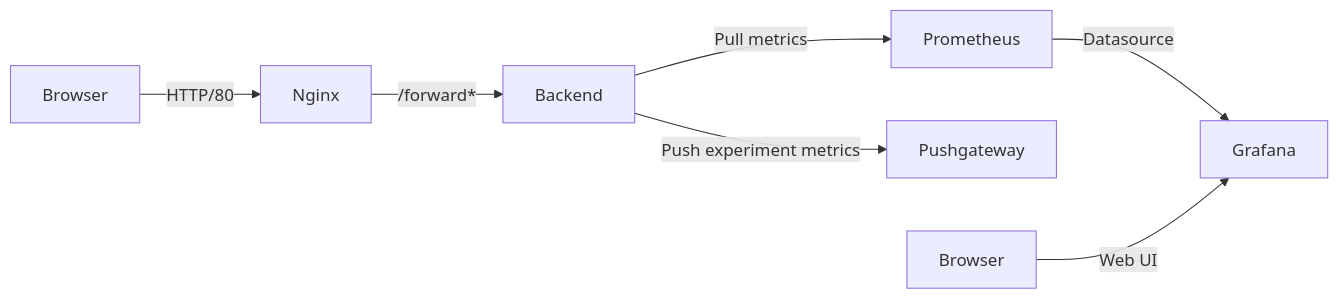
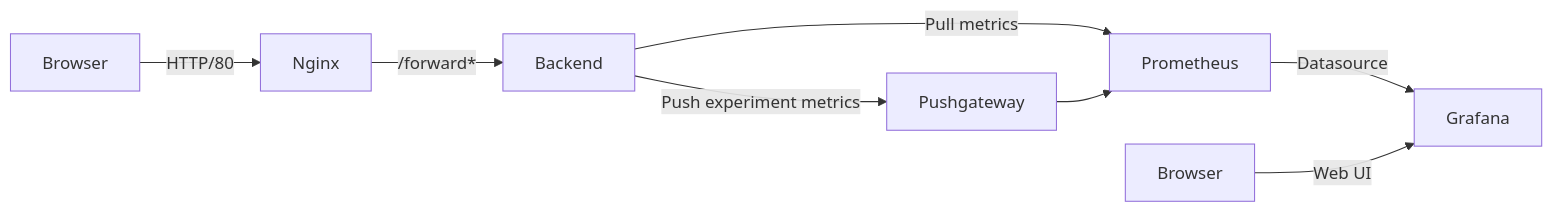
The diagram in README.md (khoribz/ml-service), drawn with Mermaid before and after one commit.

````diff
--- a/README.md
+++ b/README.md
@@ -23,9 +23,9 @@
 ```mermaid
 flowchart LR
     A[Browser] -- HTTP/80 --> Nginx
     Nginx -- /forward* --> Backend
     Backend -- Pull metrics --> Prometheus
-    Backend -- Push experiment metrics --> Pushgateway
+    Backend -- Push experiment metrics --> Pushgateway --> Prometheus
     Prometheus -- Datasource --> Grafana
     Browser -- Web UI --> Grafana
 ```
````
